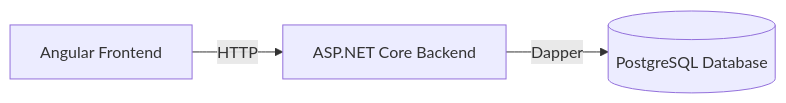
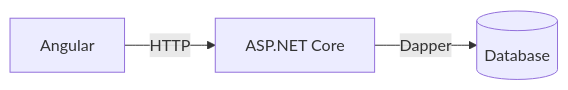
The diagram in README.md (Hihiz/WarehouseManagementWeb-preview), drawn with Mermaid before and after one commit.

````diff
--- a/README.md
+++ b/README.md
@@ -12,5 +12,5 @@
 ```mermaid
 flowchart LR
-    A[Angular Frontend] -->|HTTP| B[ASP.NET Core Backend]
-    B -->|Dapper| C[(PostgreSQL Database)]
+    A[Angular] -->|HTTP| B[ASP.NET Core]
+    B -->|Dapper| C[(Database)]
 ```
````
